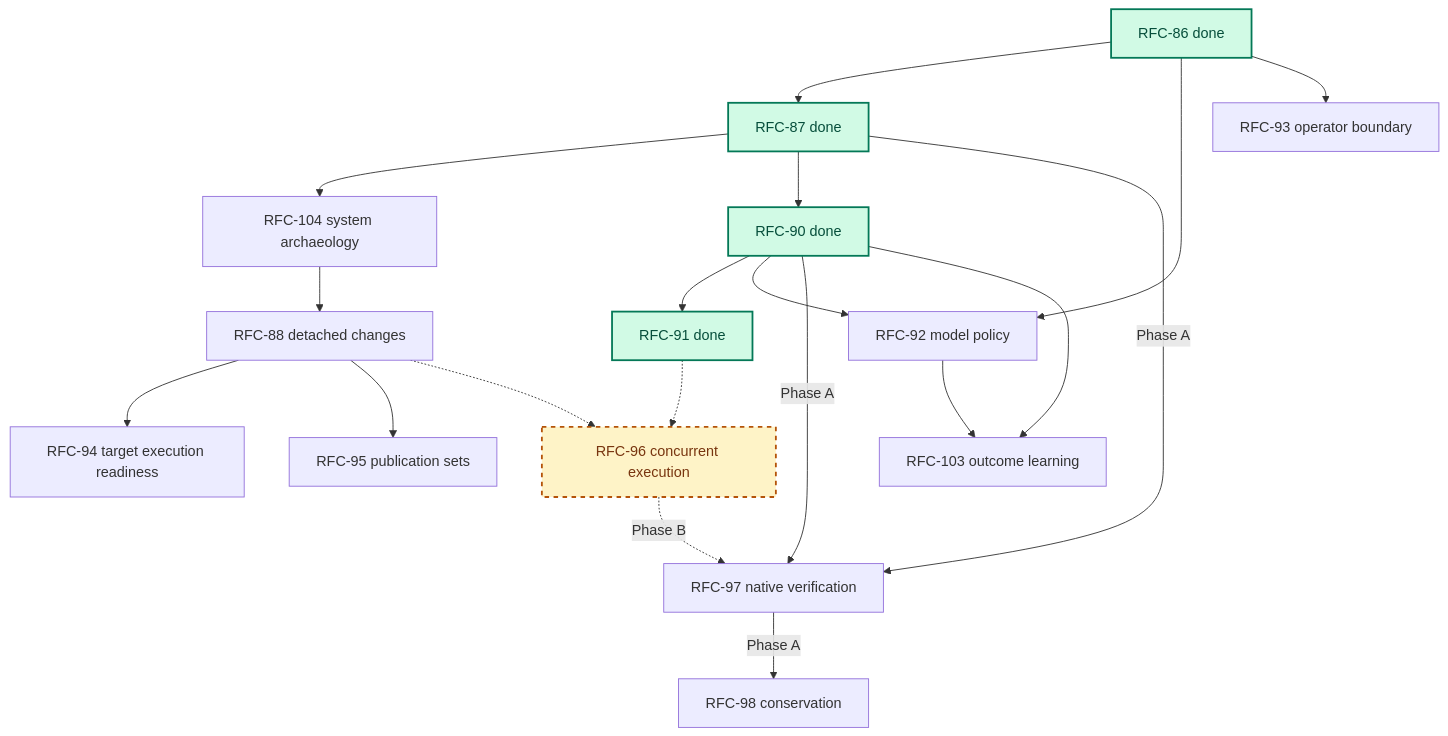
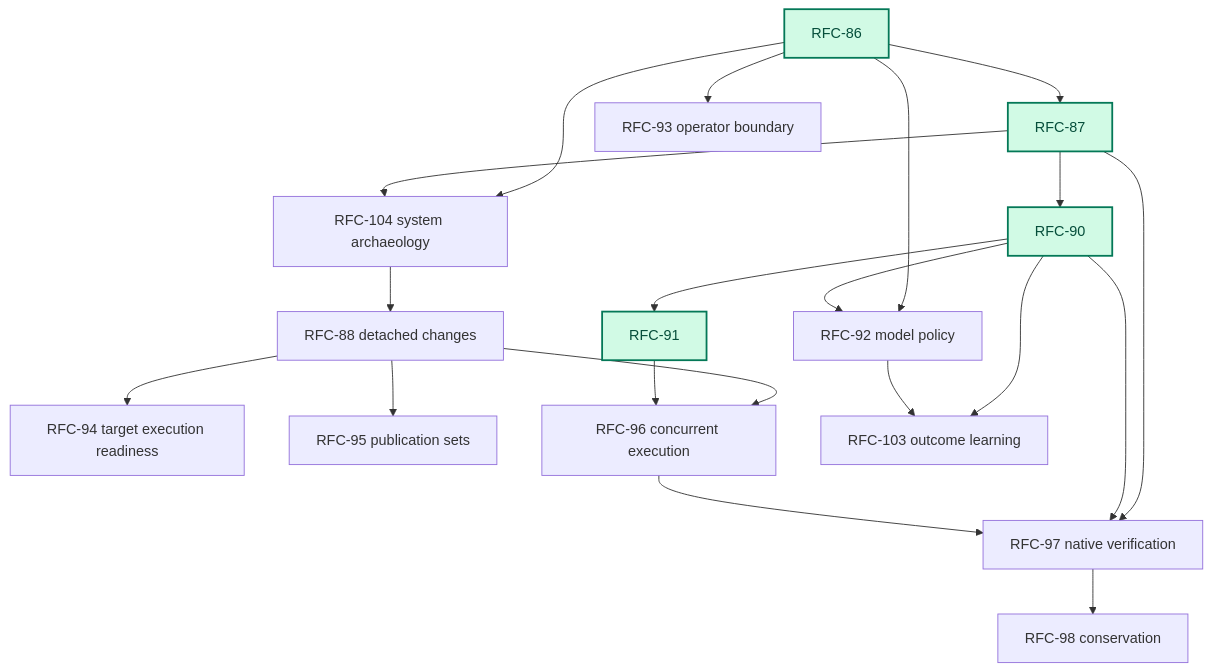
The diagram in rfcs/platform.md (augentic/anvil), drawn with Mermaid before and after one commit. The commit also changed other lines of this file and 6 other files, not shown here.

Commit message:
update diagram

````diff
--- a/rfcs/platform.md
+++ b/rfcs/platform.md
@@ -43,26 +43,25 @@
 ```mermaid
 flowchart TD
-    R86[RFC-86 done] --> R87[RFC-87 done]
+    R86[RFC-86] --> R87[RFC-87]
+    R86 --> R104[RFC-104 system archaeology]
     R86 --> R92[RFC-92 model policy]
     R86 --> R93[RFC-93 operator boundary]
-    R87 --> R104[RFC-104 system archaeology]
+    R87 --> R104
     R104 --> R88[RFC-88 detached changes]
-    R87 --> R90[RFC-90 done]
-    R90 --> R91[RFC-91 done]
+    R87 --> R90[RFC-90]
+    R90 --> R91[RFC-91]
     R90 --> R92
-    R87 -->|Phase A| R97[RFC-97 native verification]
-    R90 -->|Phase A| R97
+    R87 --> R97[RFC-97 native verification]
+    R90 --> R97
     R88 --> R94[RFC-94 target execution readiness]
     R88 --> R95[RFC-95 publication sets]
-    R88 -.-> R96[RFC-96 concurrent execution]
-    R91 -.-> R96
-    R96 -.->|Phase B| R97
-    R97 -->|Phase A| R98[RFC-98 conservation]
+    R88 --> R96[RFC-96 concurrent execution]
+    R91 --> R96
+    R96 --> R97
+    R97 --> R98[RFC-98 conservation]
     R90 --> R103[RFC-103 outcome learning]
     R92 --> R103
 
     classDef done fill:#d1fae5,stroke:#047857,color:#064e3b,stroke-width:2px
-    classDef gated fill:#fef3c7,stroke:#b45309,color:#78350f,stroke-width:2px,stroke-dasharray: 5 5
     class R86,R87,R90,R91 done
-    class R96 gated
 ```
````
